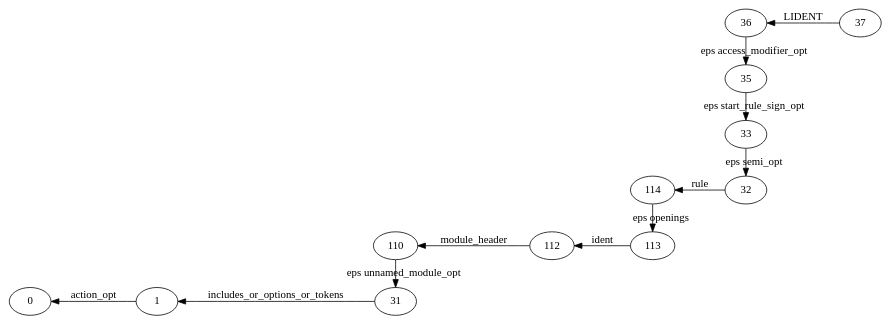
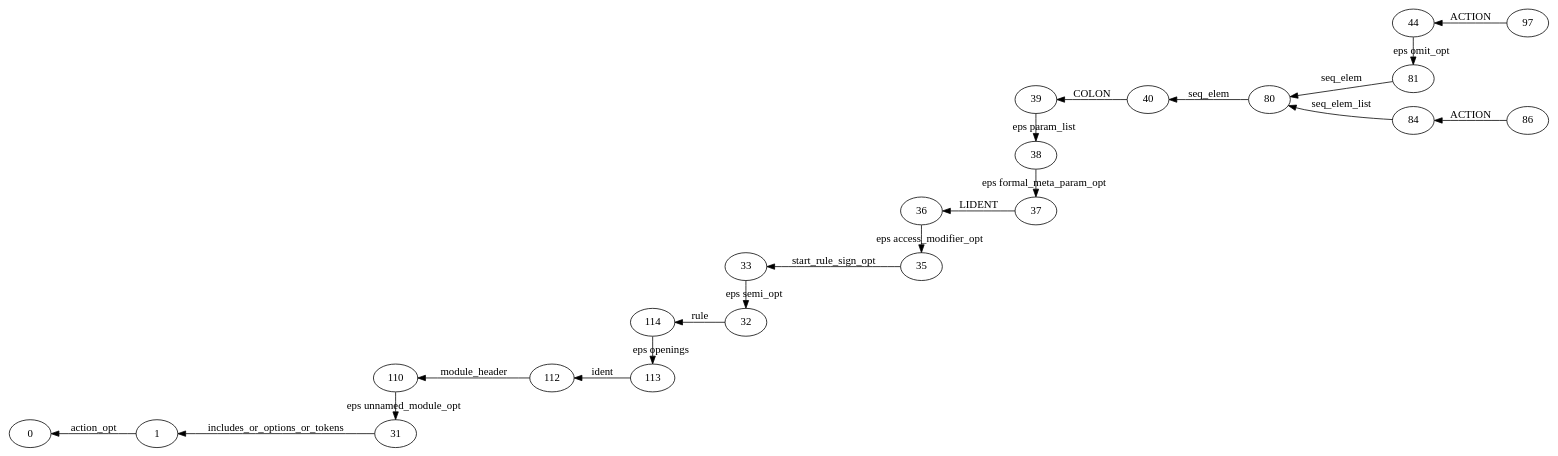
Before and after one commit to YaccConstructor/QuickGraph: the diagram in DotParserProject/DotParserProject/res.dot, drawn with Graphviz. The commit also changed 7 other files, not shown here.

Commit message:
Functions for getting general info about input graph have been added. Function for checking correctness of edge operator has beed added

```diff
--- a/DotParserProject/DotParserProject/res.dot
+++ b/DotParserProject/DotParserProject/res.dot
@@ -1,33 +1,56 @@
 digraph GSS {
     rankdir=RL
-    0 [label="37"]
-    1 [label="36"]
-    2 [label="35"]
-    3 [label="33"]
-    4 [label="32"]
-    5 [label="114"]
-    6 [label="113"]
-    7 [label="112"]
-    8 [label="110"]
-    9 [label="31"]
-    10 [label="1"]
-    11 [label="0"]
-    10 -> 11 [label="action_opt"]
-    9 -> 10 [label="includes_or_options_or_tokens"]
-    8 -> 9 [label="eps unnamed_module_opt"]
-    7 -> 8 [label="module_header"]
-    6 -> 7 [label="ident"]
-    5 -> 6 [label="eps openings"]
-    4 -> 5 [label="rule"]
-    3 -> 4 [label="eps semi_opt"]
-    2 -> 3 [label="eps start_rule_sign_opt"]
-    1 -> 2 [label="eps access_modifier_opt"]
-    0 -> 1 [label="LIDENT"]
-    {rank=same; 0}
-    {rank=same; 4 3 2 1}
-    {rank=same; 6 5}
-    {rank=same; 7}
+    0 [label="97"]
+    1 [label="44"]
+    2 [label="81"]
+    3 [label="80"]
+    4 [label="40"]
+    5 [label="39"]
+    6 [label="38"]
+    7 [label="37"]
+    8 [label="36"]
+    9 [label="35"]
+    10 [label="33"]
+    11 [label="32"]
+    12 [label="114"]
+    13 [label="113"]
+    14 [label="112"]
+    15 [label="110"]
+    16 [label="31"]
+    17 [label="1"]
+    18 [label="0"]
+    17 -> 18 [label="action_opt"]
+    16 -> 17 [label="includes_or_options_or_tokens"]
+    15 -> 16 [label="eps unnamed_module_opt"]
+    14 -> 15 [label="module_header"]
+    13 -> 14 [label="ident"]
+    12 -> 13 [label="eps openings"]
+    11 -> 12 [label="rule"]
+    10 -> 11 [label="eps semi_opt"]
+    9 -> 10 [label="start_rule_sign_opt"]
+    8 -> 9 [label="eps access_modifier_opt"]
+    7 -> 8 [label="LIDENT"]
+    6 -> 7 [label="eps formal_meta_param_opt"]
+    5 -> 6 [label="eps param_list"]
+    4 -> 5 [label="COLON"]
+    3 -> 4 [label="seq_elem"]
+    2 -> 3 [label="seq_elem"]
+    1 -> 2 [label="eps omit_opt"]
+    0 -> 1 [label="ACTION"]
+    19 [label="86"]
+    20 [label="84"]
+    20 -> 3 [label="seq_elem_list"]
+    19 -> 20 [label="ACTION"]
+    {rank=same; 19 0}
+    {rank=same; 20 2 1}
+    {rank=same; 3}
+    {rank=same; 4}
+    {rank=same; 7 6 5}
     {rank=same; 9 8}
-    {rank=same; 10}
-    {rank=same; 11}
+    {rank=same; 11 10}
+    {rank=same; 13 12}
+    {rank=same; 14}
+    {rank=same; 16 15}
+    {rank=same; 17}
+    {rank=same; 18}
 }
```
